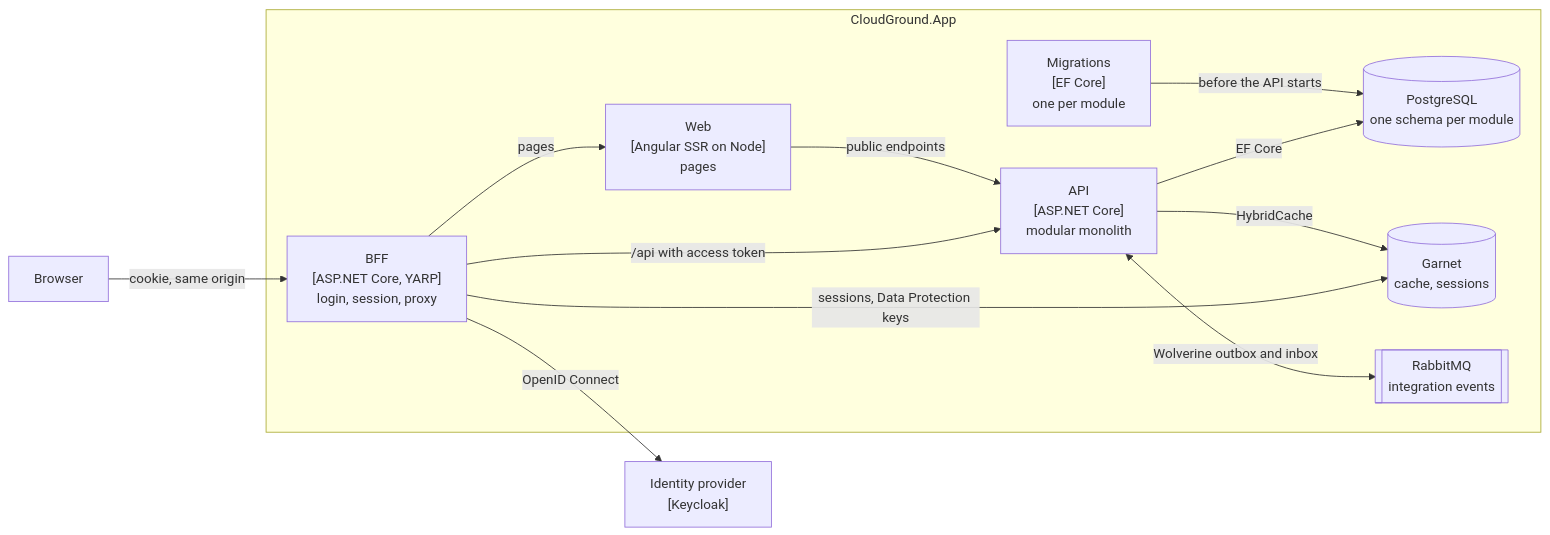
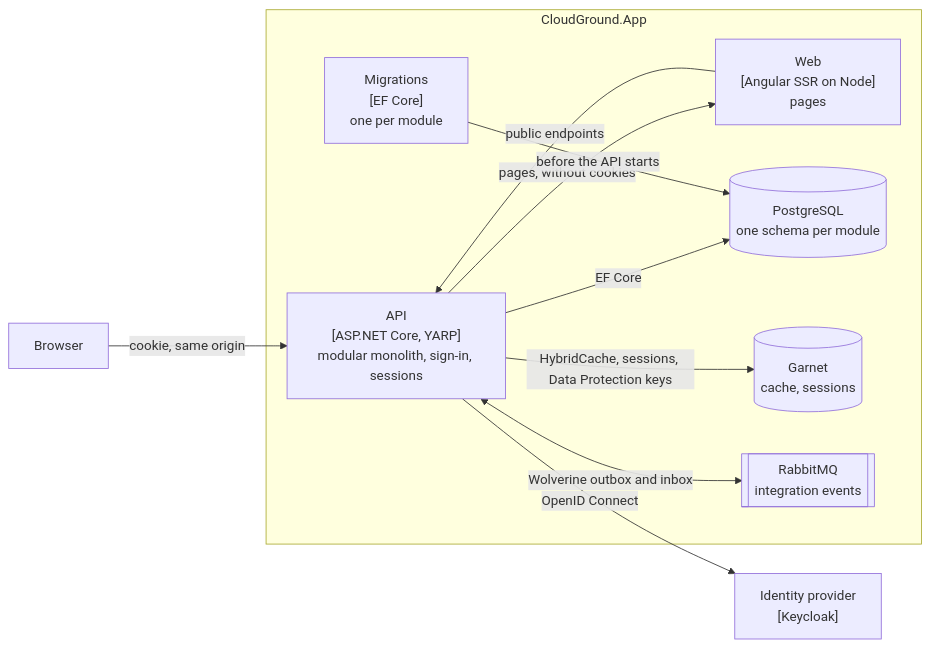
The second of 3 diagrams in templates/cloudground/README.md (Q-Sharp/CloudGround), drawn with Mermaid before and after one commit. The commit also changed other lines of this file and 103 other files, not shown here.

First line of the commit message:
feat!: sign browsers in at the api instead of a bff (#17)

````diff
--- a/templates/cloudground/README.md
+++ b/templates/cloudground/README.md
@@ -52,26 +52,23 @@
 ```mermaid
 flowchart LR
     browser["Browser"]
     idp["Identity provider<br/>[Keycloak]"]
 
     subgraph solution["CloudGround.App"]
-        bff["BFF<br/>[ASP.NET Core, YARP]<br/>login, session, proxy"]
+        api["API<br/>[ASP.NET Core, YARP]<br/>modular monolith, sign-in, sessions"]
         web["Web<br/>[Angular SSR on Node]<br/>pages"]
-        api["API<br/>[ASP.NET Core]<br/>modular monolith"]
         migrations["Migrations<br/>[EF Core]<br/>one per module"]
         database[("PostgreSQL<br/>one schema per module")]
         cache[("Garnet<br/>cache, sessions")]
         broker[["RabbitMQ<br/>integration events"]]
     end
 
-    browser -->|cookie, same origin| bff
-    bff -->|pages| web
-    bff -->|/api with access token| api
+    browser -->|cookie, same origin| api
+    api -->|pages, without cookies| web
     web -->|public endpoints| api
-    bff -->|OpenID Connect| idp
-    bff -->|sessions, Data Protection keys| cache
+    api -->|OpenID Connect| idp
     api -->|EF Core| database
-    api -->|HybridCache| cache
+    api -->|HybridCache, sessions, Data Protection keys| cache
     api <-->|Wolverine outbox and inbox| broker
     migrations -->|before the API starts| database
 ```
````
